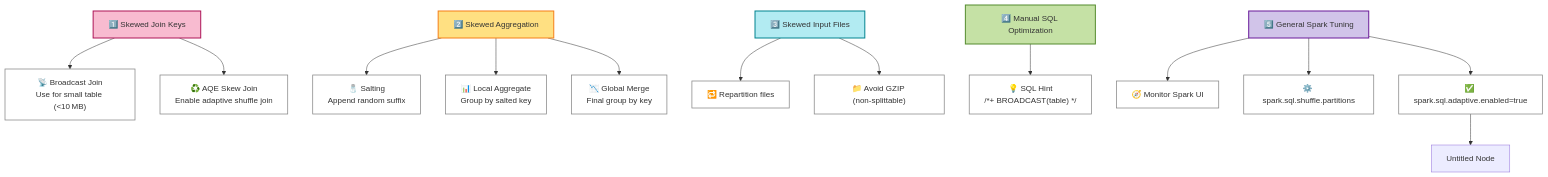
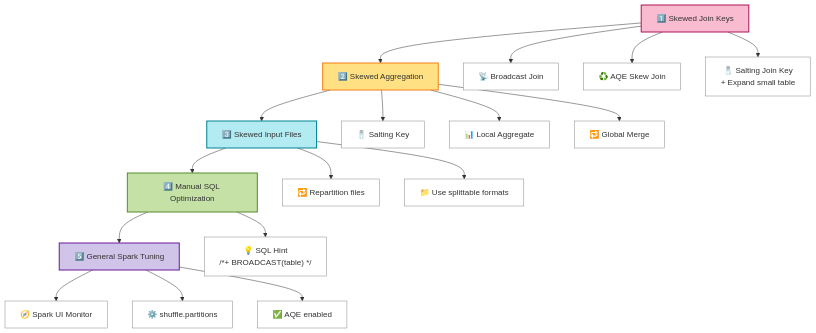
The fourth of 4 diagrams in README.md (blaire101/Spark-Journey-2025), drawn with Mermaid before and after one commit.

````diff
--- a/README.md
+++ b/README.md
@@ -120,27 +120,46 @@
 ```mermaid
 flowchart TB
-    Case1["1️⃣ Skewed Join Keys"] --> C1a["📡 Broadcast Join<br>Use for small table (&lt;10 MB)"] & C1b["♻️ AQE Skew Join<br>Enable adaptive shuffle join"]
-    Case2["2️⃣ Skewed Aggregation"] --> C2a["🧂 Salting<br>Append random suffix"] & C2b["📊 Local Aggregate<br>Group by salted key"] & C2c["📉 Global Merge<br>Final group by key"]
-    Case3["3️⃣ Skewed Input Files"] --> C3a["🔁 Repartition files"] & C3b["📁 Avoid GZIP (non‑splittable)"]
-    Case4["4️⃣ Manual SQL Optimization"] --> C4a["💡 SQL Hint<br>/*+ BROADCAST(table) */"]
-    Case5["5️⃣ General Spark Tuning"] --> C5a["🧭 Monitor Spark UI"] & C5b["⚙️ spark.sql.shuffle.partitions"] & C5c["✅ spark.sql.adaptive.enabled=true"]
-    C5c --> n1["Untitled Node"]
+    C1["1️⃣ Skewed Join Keys"]
+    C2["2️⃣ Skewed Aggregation"]
+    C3["3️⃣ Skewed Input Files"]
+    C4["4️⃣ Manual SQL Optimization"]
+    C5["5️⃣ General Spark Tuning"]
 
-     C1a:::leaf
-     C1b:::leaf
-     C2a:::leaf
-     C2b:::leaf
-     C2c:::leaf
-     C3a:::leaf
-     C3b:::leaf
-     C4a:::leaf
-     C5a:::leaf
-     C5b:::leaf
-     C5c:::leaf
-    classDef leaf fill:#ffffff,stroke:#888,stroke-width:1.5px
-    style Case1 fill:#f8bbd0,stroke:#ad1457,stroke-width:2px
-    style Case2 fill:#ffe082,stroke:#f57f17,stroke-width:2px
-    style Case3 fill:#b2ebf2,stroke:#00838f,stroke-width:2px
-    style Case4 fill:#c5e1a5,stroke:#558b2f,stroke-width:2px
-    style Case5 fill:#d1c4e9,stroke:#6a1b9a,stroke-width:2px
+    %% Chain vertically
+    C1 --> C2
+    C2 --> C3
+    C3 --> C4
+    C4 --> C5
+
+    %% Case 1 branches
+    C1 --> C1a["📡 Broadcast Join"]
+    C1 --> C1b["♻️ AQE Skew Join"]
+    C1 --> C1c["🧂 Salting Join Key<br>+ Expand small table"]
+
+    %% Case 2 branches
+    C2 --> C2a["🧂 Salting Key"]
+    C2 --> C2b["📊 Local Aggregate"]
+    C2 --> C2c["🔁 Global Merge"]
+
+    %% Case 3 branches
+    C3 --> C3a["🔁 Repartition files"]
+    C3 --> C3b["📁 Use splittable formats"]
+
+    %% Case 4 branches
+    C4 --> C4a["💡 SQL Hint<br>/*+ BROADCAST(table) */"]
+
+    %% Case 5 branches
+    C5 --> C5a["🧭 Spark UI Monitor"]
+    C5 --> C5b["⚙️ shuffle.partitions"]
+    C5 --> C5c["✅ AQE enabled"]
+
+    %% Styling
+    style C1 fill:#f8bbd0,stroke:#ad1457,stroke-width:2px
+    style C2 fill:#ffe082,stroke:#f57f17,stroke-width:2px
+    style C3 fill:#b2ebf2,stroke:#00838f,stroke-width:2px
+    style C4 fill:#c5e1a5,stroke:#558b2f,stroke-width:2px
+    style C5 fill:#d1c4e9,stroke:#6a1b9a,stroke-width:2px
+    classDef leaf fill:#ffffff,stroke:#888
+    class C1a,C1b,C1c,C2a,C2b,C2c,C3a,C3b,C4a,C5a,C5b,C5c leaf
+
 ```
````
